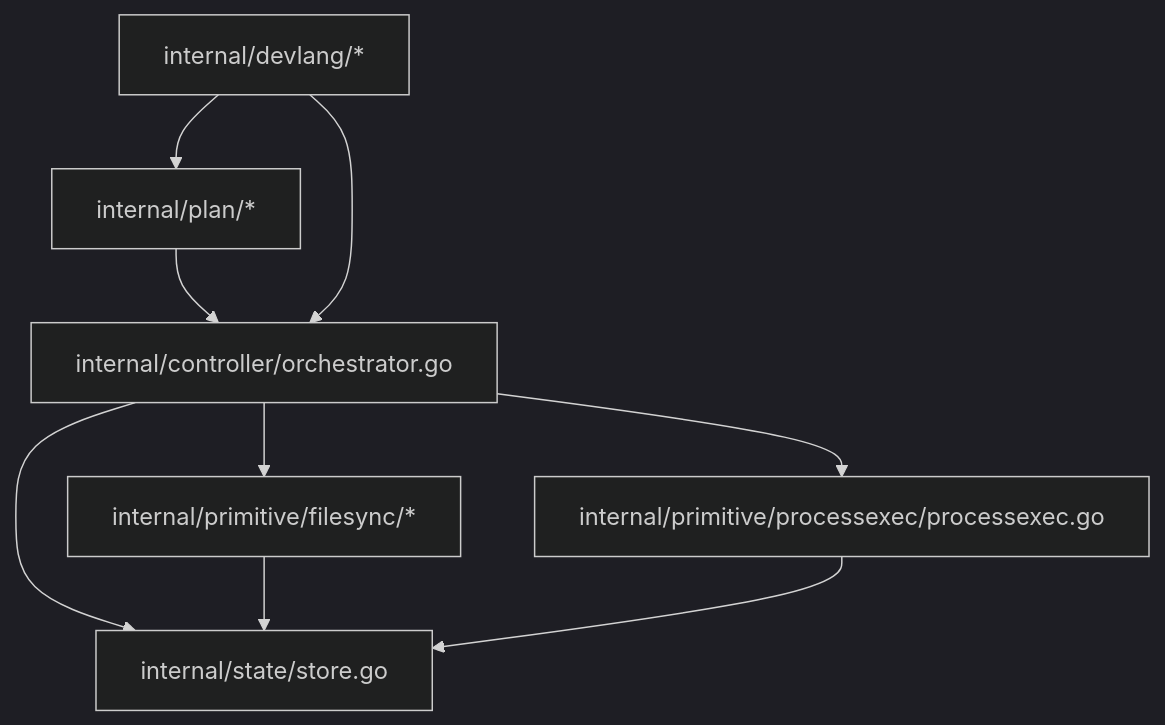
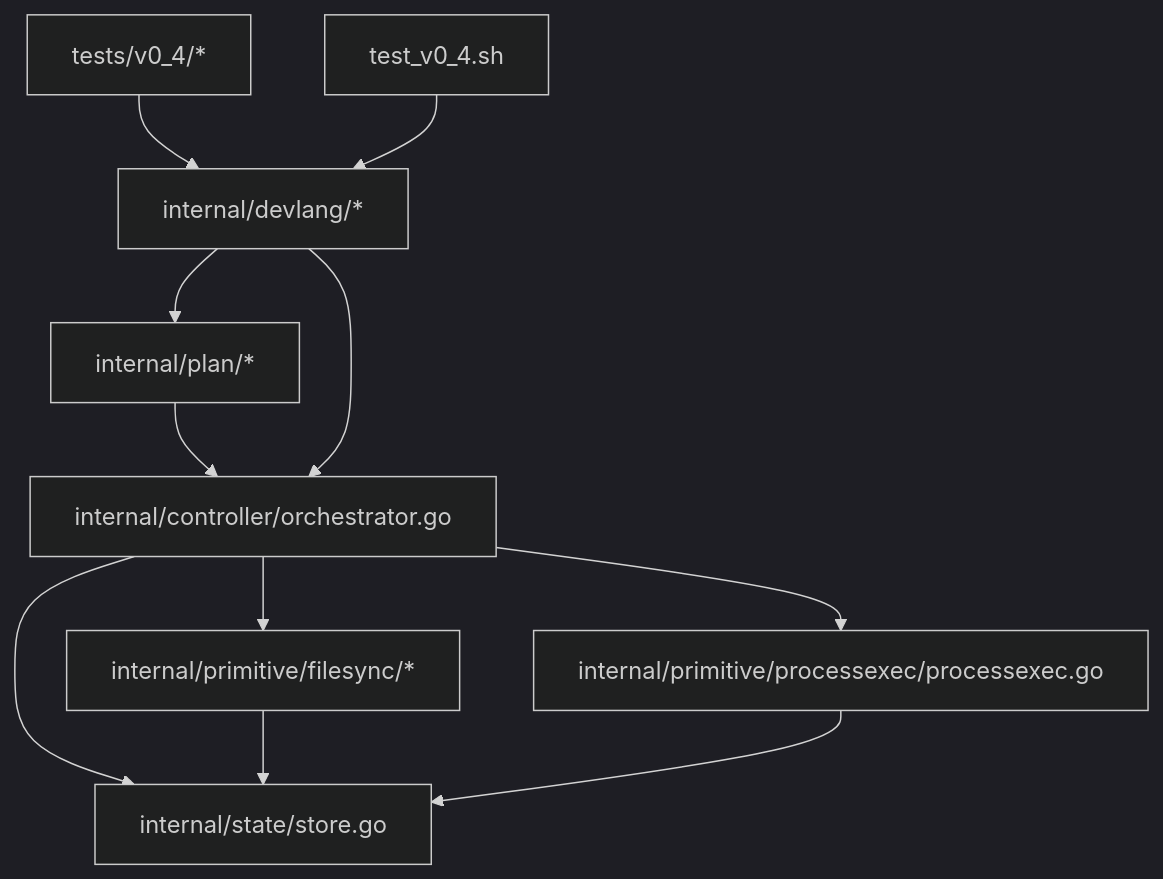
One commit to ahmednour1430464/dotdevops changed the tenth of 10 diagrams in .qoder/repowiki/en/content/Testing and Validation.md. Above: the diagram before and after it, drawn with Mermaid (dark theme). The commit also changed other lines of this file and 3 other files, not shown here.

````diff
--- a/.qoder/repowiki/en/content/Testing and Validation.md
+++ b/.qoder/repowiki/en/content/Testing and Validation.md
@@ -422,11 +531,13 @@
 ```mermaid
 graph TB
 PLAN["internal/plan/*"] --> ORCH["internal/controller/orchestrator.go"]
 DEVLANG["internal/devlang/*"] --> ORCH
 DEVLANG --> PLAN
 ORCH --> STATE["internal/state/store.go"]
 ORCH --> FILESYNC["internal/primitive/filesync/*"]
 ORCH --> PROC["internal/primitive/processexec/processexec.go"]
 FILESYNC --> STATE
 PROC --> STATE
+V04["tests/v0_4/*"] --> DEVLANG
+TESTS["test_v0_4.sh"] --> DEVLANG
 ```
````
